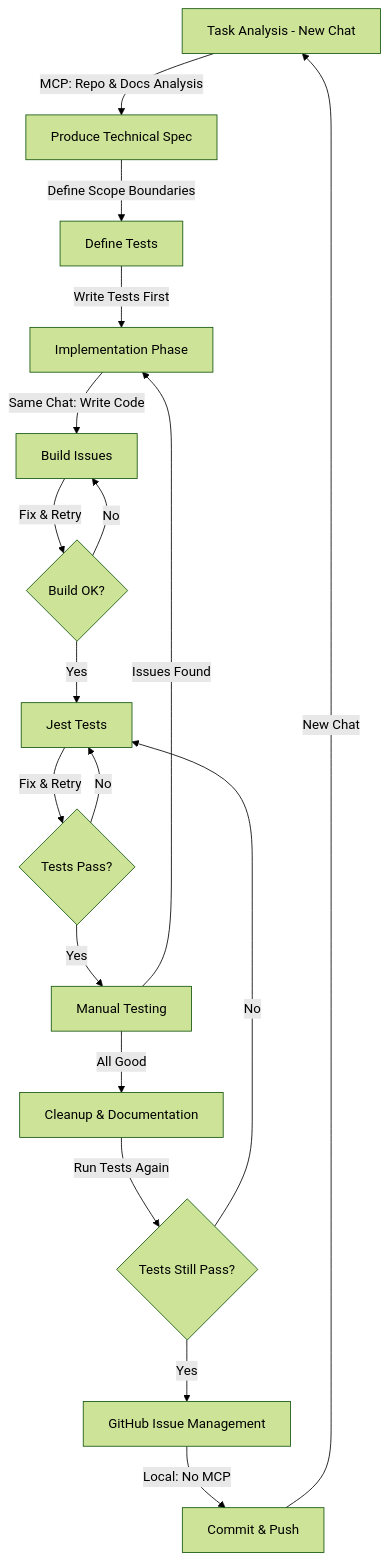
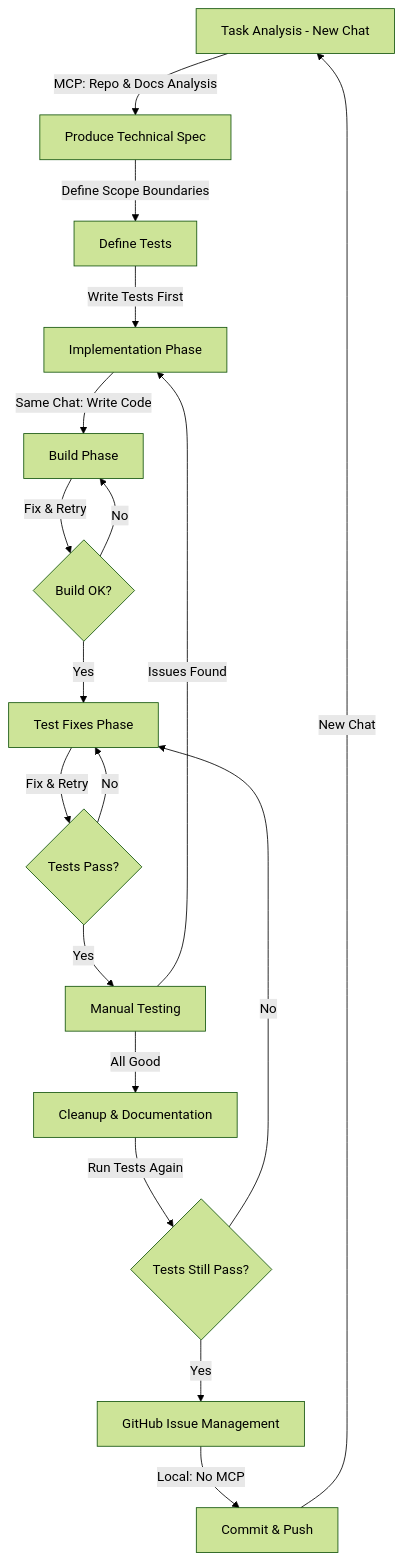
Before and after one commit to jerseycheese/BootHillGM: the diagram in Docs/development/workflows/claude-app-workflow.md, drawn with Mermaid (forest theme). The commit also changed other lines of this file and 2 other files, not shown here.

````diff
--- a/Docs/development/workflows/claude-app-workflow.md
+++ b/Docs/development/workflows/claude-app-workflow.md
@@ -15,20 +15,20 @@
 ```mermaid
 graph TD
     A[Task Analysis - New Chat] -->|MCP: Repo & Docs Analysis| B[Produce Technical Spec]
     B -->|Define Scope Boundaries| C[Define Tests]
     C -->|Write Tests First| D[Implementation Phase]
-    D -->|Same Chat: Write Code| E[Build Issues]
+    D -->|Same Chat: Write Code| E[Build Phase]
     E -->|Fix & Retry| F{Build OK?}
     F -->|No| E
-    F -->|Yes| G[Jest Tests]
+    F -->|Yes| G[Test Fixes Phase]
     G -->|Fix & Retry| H{Tests Pass?}
     H -->|No| G
     H -->|Yes| I[Manual Testing]
     I -->|Issues Found| D
     I -->|All Good| J[Cleanup & Documentation]
     J -->|Run Tests Again| K{Tests Still Pass?}
     K -->|No| G
     K -->|Yes| L[GitHub Issue Management]
     L -->|Local: No MCP| M[Commit & Push]
     M -->|New Chat| A
 ```
````
